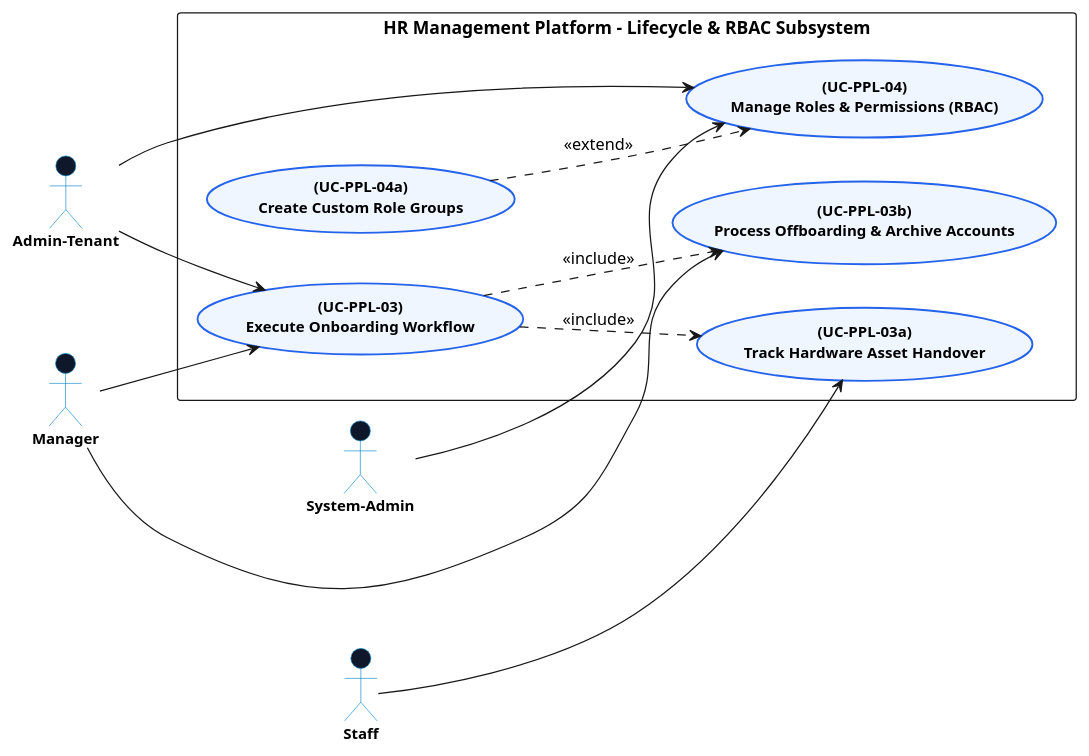
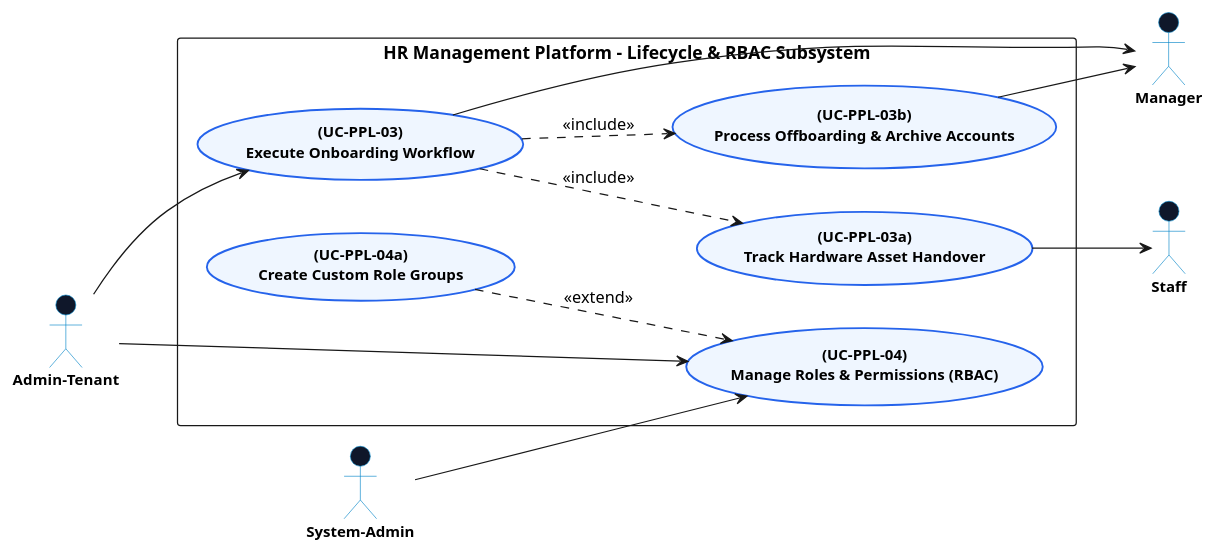
Before and after one commit to Dikhang1112/Monitoring_HR: the diagram in docs/usecase_diagram/people_management/LifecycleRbacDiagram.md, drawn with PlantUML. The commit also changed other lines of this file and 17 other files, not shown here.

Commit message:
Usecase diagram of payroll

````diff
--- a/docs/usecase_diagram/people_management/LifecycleRbacDiagram.md
+++ b/docs/usecase_diagram/people_management/LifecycleRbacDiagram.md
@@ -9,71 +9,76 @@
 ```plantuml
 @startuml
 left to right direction
 skinparam packageStyle rectangle
 skinparam backgroundColor #ffffff
 skinparam shadowing false
 skinparam actorStyle stickman
 
 skinparam usecase {
   BackgroundColor #EFF6FF
   BorderColor #2563EB
   BorderThickness 1.5
   FontSize 12
   FontStyle bold
   FontName "Segoe UI"
 }
 
 skinparam actor {
   BackgroundColor #0F172A
   BorderColor #0284C7
   FontSize 12
   FontStyle bold
   FontName "Segoe UI"
 }
 
 ' =====================================================
-' ACTORS
+' PRIMARY ACTORS (LEFT SIDE)
 ' =====================================================
 actor "Admin-Tenant" as ADMIN
 actor "System-Admin" as SYSADMIN
-actor "Manager" as MGR
-actor "Staff" as EMP
 
 ' =====================================================
-' SYSTEM BOUNDARY & USE CASES
+' SYSTEM BOUNDARY & USE CASES (CENTER)
 ' =====================================================
 rectangle "HR Management Platform - Lifecycle & RBAC Subsystem" {
     
     ' Onboarding & Offboarding
     usecase "(UC-PPL-03)\nExecute Onboarding Workflow" as UC_PPL03
     usecase "(UC-PPL-03a)\nTrack Hardware Asset Handover" as UC_PPL03A
     usecase "(UC-PPL-03b)\nProcess Offboarding & Archive Accounts" as UC_PPL03B
 
     ' RBAC Roles & Permissions
     usecase "(UC-PPL-04)\nManage Roles & Permissions (RBAC)" as UC_PPL04
     usecase "(UC-PPL-04a)\nCreate Custom Role Groups" as UC_PPL04A
 }
 
 ' =====================================================
+' SECONDARY ACTORS (RIGHT SIDE)
+' =====================================================
+actor "Manager" as MGR
+actor "Staff" as EMP
+
+' =====================================================
 ' ACTOR CONNECTIONS
 ' =====================================================
+' Left Actors to Use Cases
 ADMIN --> UC_PPL03
 ADMIN --> UC_PPL04
 
 SYSADMIN --> UC_PPL04
 
-MGR --> UC_PPL03
-MGR --> UC_PPL03B
-
-EMP --> UC_PPL03A
+' Use Cases to Right Actors
+UC_PPL03 --> MGR
+UC_PPL03B --> MGR
+UC_PPL03A --> EMP
 
 ' =====================================================
 ' INCLUDE & EXTEND RELATIONSHIPS
 ' =====================================================
 UC_PPL03 ..> UC_PPL03A : <<include>>
 UC_PPL03 ..> UC_PPL03B : <<include>>
 
 UC_PPL04A ..> UC_PPL04 : <<extend>>
 
 @enduml
 ```
````
